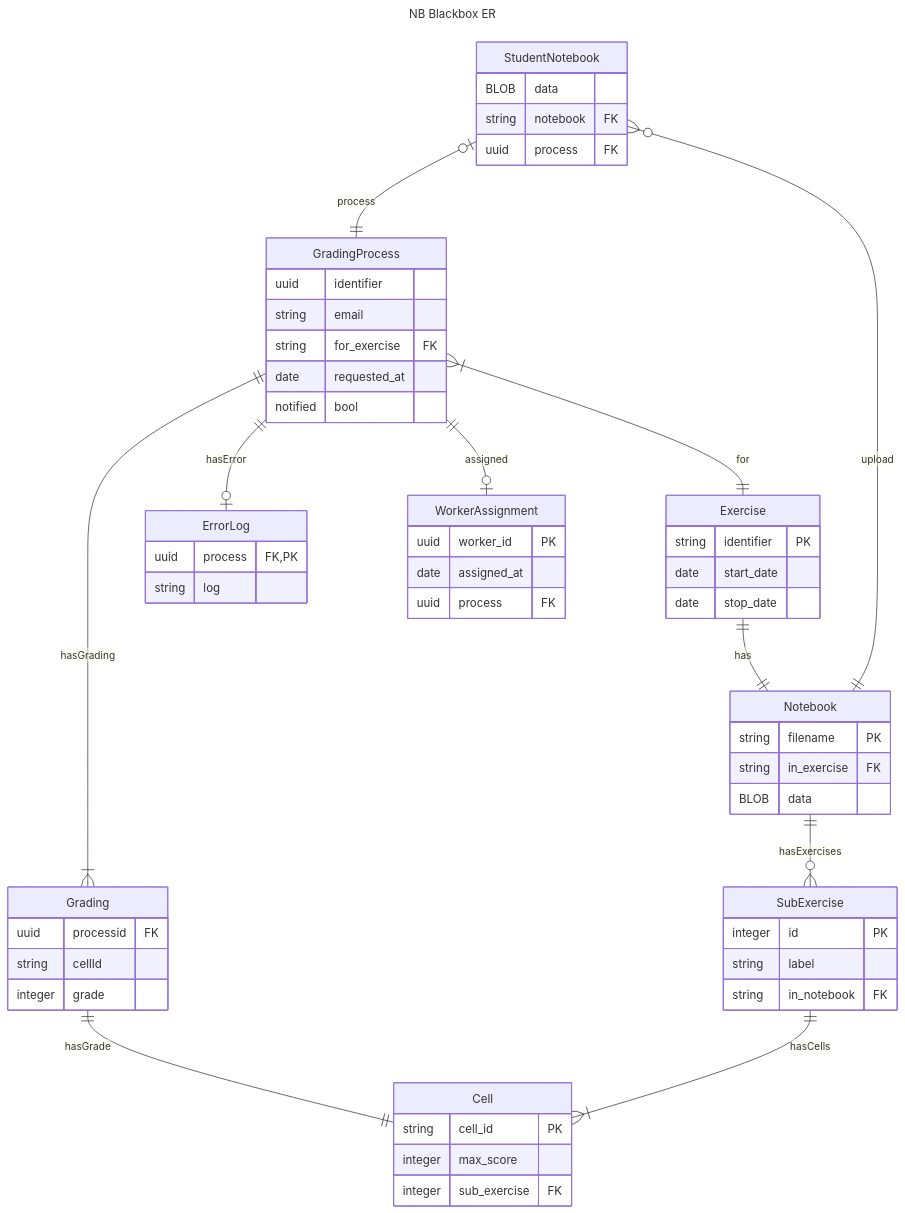
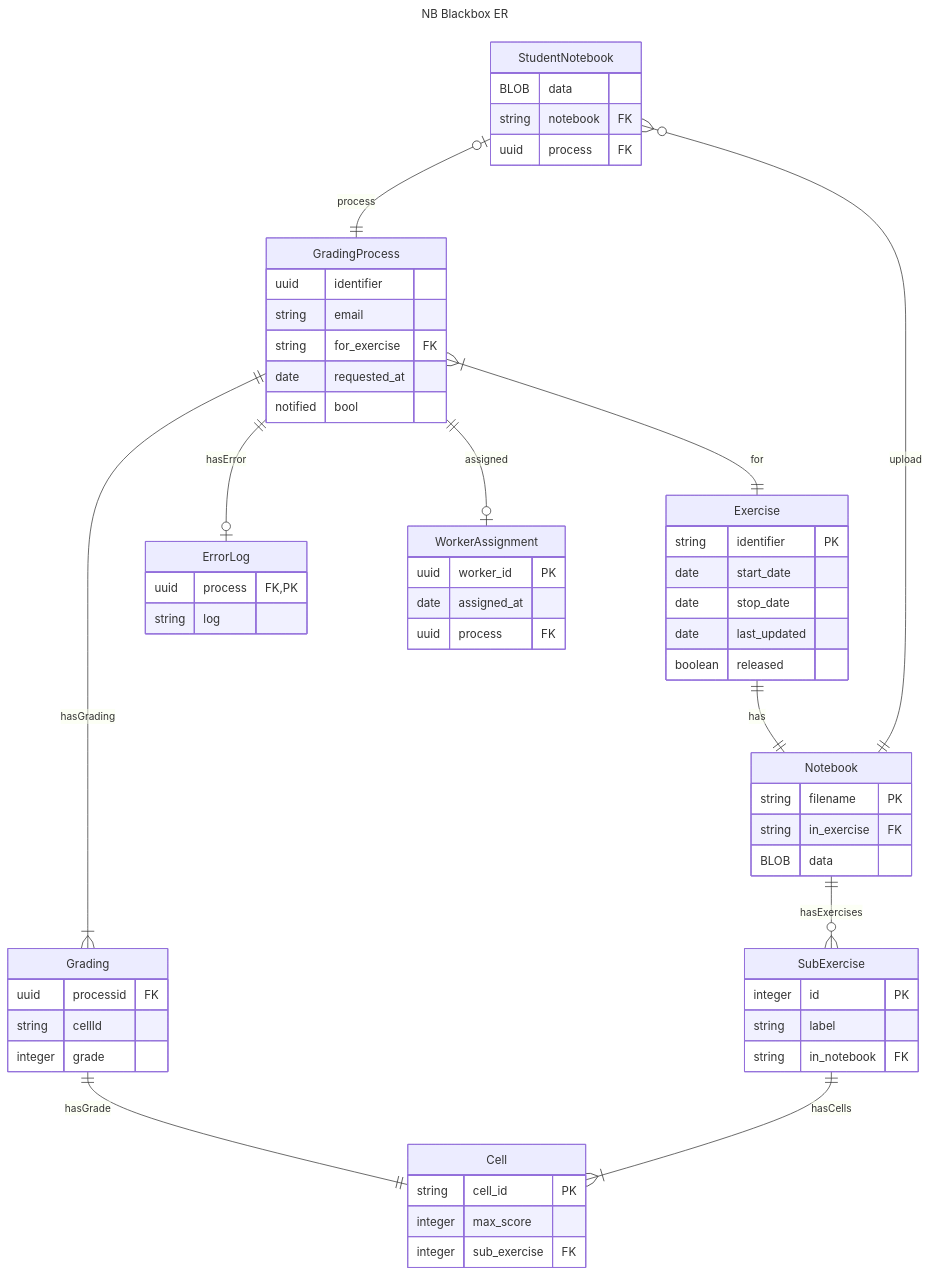
Before and after one commit to RWTH-DBIS/Ampelgrader: the diagram in datamodel.md, drawn with Mermaid.

Commit message:
update datamodel

````diff
--- a/datamodel.md
+++ b/datamodel.md
@@ -3,75 +3,77 @@
 ```mermaid
 ---
 title: NB Blackbox ER
 ---
 
 erDiagram
     Exercise {
         string identifier PK
         date start_date
         date stop_date
+        date last_updated
+        boolean released
     }
 
     Notebook {
         string filename PK
         string in_exercise FK
         BLOB data
     }
     
     SubExercise {
         integer id PK
         string label
         string in_notebook FK
     }
     
     Cell {
         string cell_id PK
         integer max_score
         integer sub_exercise FK
     }
     
     GradingProcess {
         uuid identifier
         string email
         string for_exercise FK
         date requested_at
         notified bool
     }
     
     Grading {
         uuid processid FK
         string cellId
         integer grade
     }
     
     ErrorLog {
         uuid process FK,PK
         string log
     }
     
     WorkerAssignment {
         uuid worker_id PK
         date assigned_at
         uuid process FK
     }
     
     StudentNotebook {
         BLOB data
         string notebook FK
         uuid process FK
     }
         
     Exercise ||--|| Notebook: has
     GradingProcess }|--|| Exercise: for
     GradingProcess ||--|{ Grading: hasGrading
     GradingProcess ||--o| ErrorLog: hasError
     
     Grading ||--|| Cell: hasGrade
 
     Notebook ||--o{ SubExercise: hasExercises
     SubExercise ||--|{ Cell: hasCells
 
     GradingProcess ||--o| WorkerAssignment: assigned
     StudentNotebook }o--|| Notebook: upload
     StudentNotebook |o--|| GradingProcess: process
 ```
````
